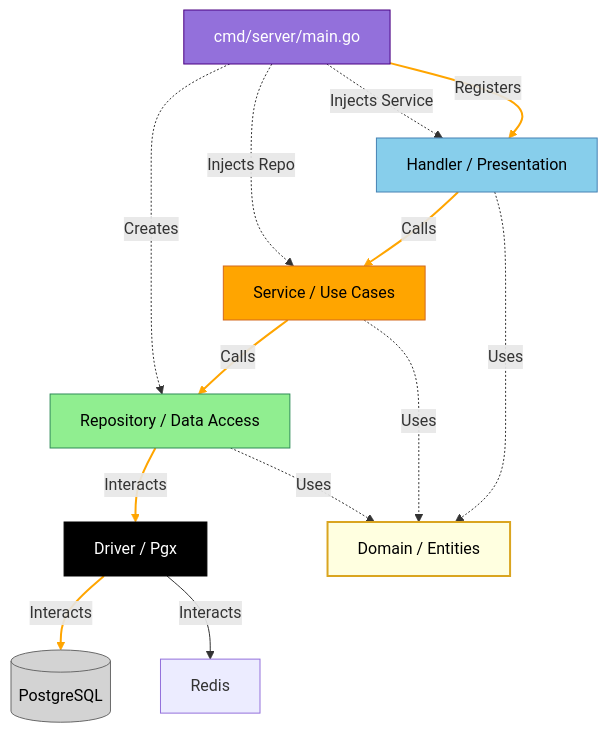
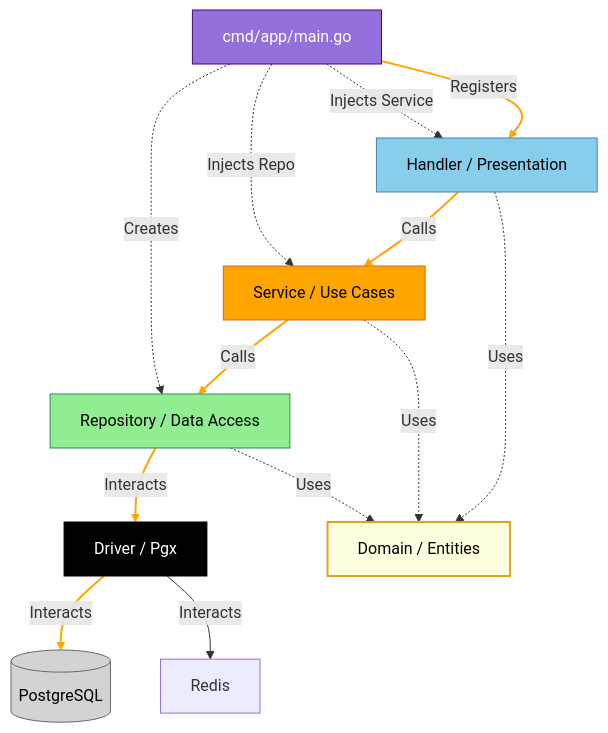
The diagram in README.md (mipselqq/go-todo), drawn with Mermaid before and after one commit. The commit also changed other lines of this file and 34 other files, not shown here.

````diff
--- a/README.md
+++ b/README.md
@@ -42,37 +42,37 @@
 ```mermaid
 graph TD
-    Main[cmd/server/main.go]:::config
+    Main[cmd/app/main.go]:::config
     Handler[Handler / Presentation]:::handler
     Service[Service / Use Cases]:::service
     Repo[Repository / Data Access]:::repo
     Domain[Domain / Entities]:::domain
     Driver[Driver / Pgx]:::driver
     DB[(PostgreSQL)]:::db
 
     %% Injection
     Main -.->|Creates| Repo
     Main -.->|Injects Repo| Service
     Main -.->|Injects Service| Handler
     Main -->|Registers| Handler
 
     %% Runtime Flow
     Handler -->|Calls| Service
     Service -->|Calls| Repo
     Repo -->|Interacts| Driver
     Driver -->|Interacts| DB
     Driver -->|Interacts| Redis
 
     %% Domain Dependencies
     Handler -.->|Uses| Domain
     Service -.->|Uses| Domain
     Repo -.->|Uses| Domain
 
     classDef driver fill:#000,stroke:#000,color:#fff;
     classDef handler fill:#87CEEB,stroke:#4682B4,color:#000;
     classDef service fill:#FFA500,stroke:#D2691E,color:#000;
     classDef repo fill:#90EE90,stroke:#2E8B57,color:#000;
     classDef db fill:#D3D3D3,stroke:#696969,color:#000;
     classDef domain fill:#FFFFE0,stroke:#DAA520,stroke-width:2px,color:#000;
     classDef config fill:#9370DB,stroke:#4B0082,color:#fff;
     linkStyle 3,4,5,6,7 stroke:#FFA500,stroke-width:2px;
 ```
````
